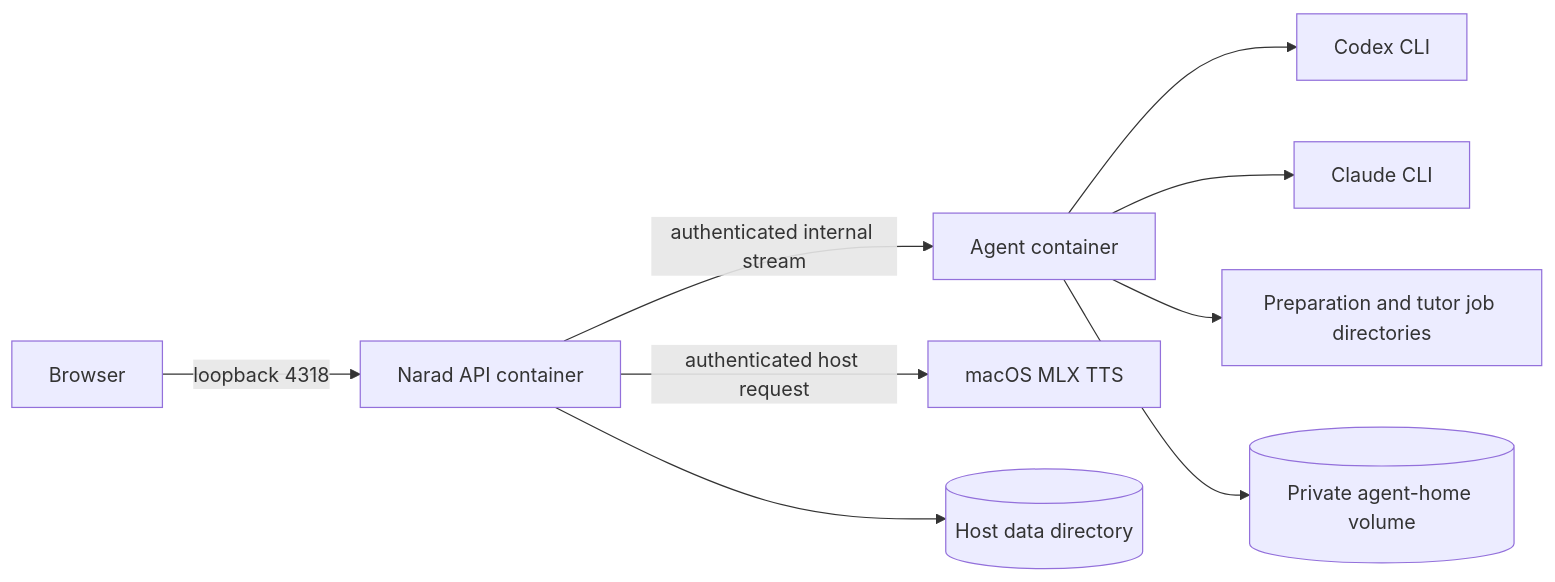
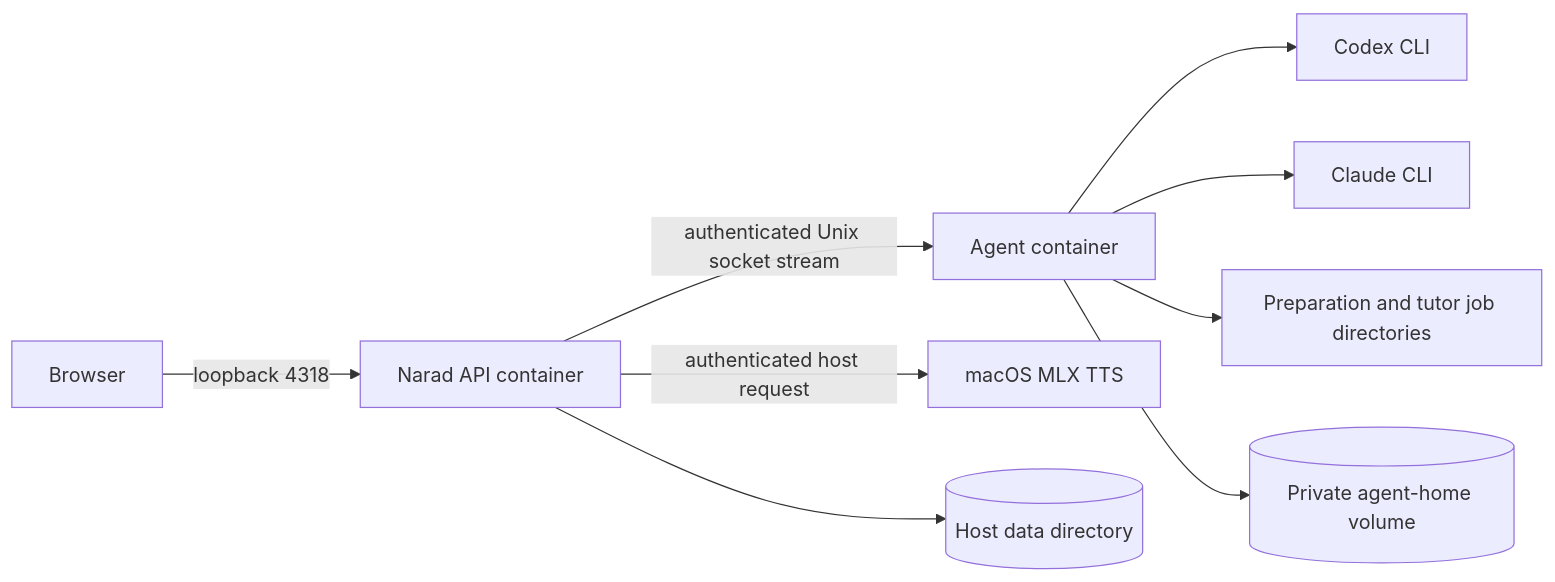
One commit to Apoorva87/Narad changed the second of 2 diagrams in ARCHITECTURE.md. Above: the diagram before and after it, drawn with Mermaid. The commit also changed other lines of this file and 10 other files, not shown here.

````diff
--- a/ARCHITECTURE.md
+++ b/ARCHITECTURE.md
@@ -50,11 +50,11 @@
 ```mermaid
 flowchart LR
   B[Browser] -->|loopback 4318| API[Narad API container]
-  API -->|authenticated internal stream| AG[Agent container]
+  API -->|authenticated Unix socket stream| AG[Agent container]
   AG --> C[Codex CLI]
   AG --> CL[Claude CLI]
   API -->|authenticated host request| T[macOS MLX TTS]
   API --> D[(Host data directory)]
   AG --> J[Preparation and tutor job directories]
   AG --> H[(Private agent-home volume)]
 ```
````
